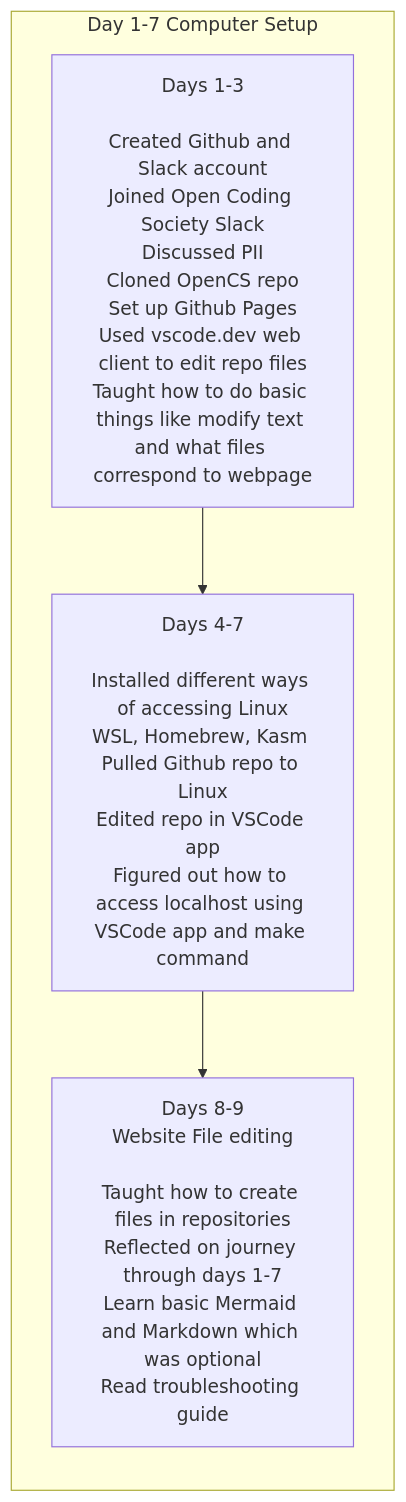
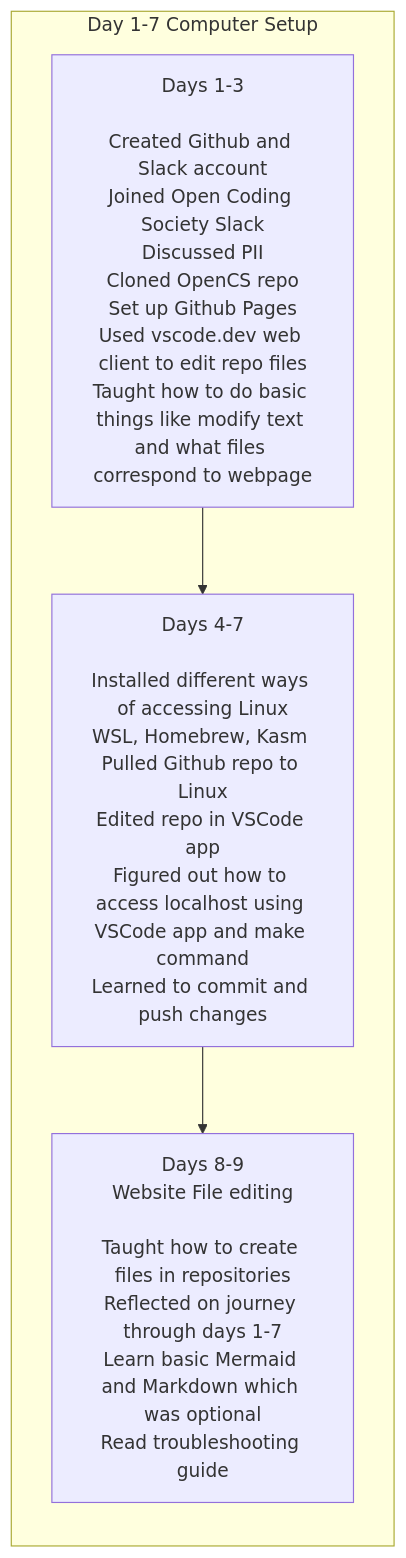
One commit to rsharma5128/student changed the second of 2 diagrams in _posts/Foundation/B-tools_and_equipment/2025-11-21-tools_quest.md. Above: the diagram before and after it, drawn with Mermaid.

Commit message:
added something to 4-7

````diff
--- a/_posts/Foundation/B-tools_and_equipment/2025-11-21-tools_quest.md
+++ b/_posts/Foundation/B-tools_and_equipment/2025-11-21-tools_quest.md
@@ -59,10 +59,10 @@
 ```mermaid
 flowchart LR
     subgraph Day_1[Day 1-7 Computer Setup]
         A[Days 1-3<br/><br/>Created Github and Slack account<br/>Joined Open Coding Society Slack<br/>Discussed PII<br/>Cloned OpenCS repo<br/>Set up Github Pages<br/>Used vscode.dev web client to edit repo files<br/>Taught how to do basic things like modify text and what files correspond to webpage]:::dayuno
-        B[Days 4-7<br/><br/>Installed different ways of accessing Linux<br/>WSL, Homebrew, Kasm <br/>Pulled Github repo to Linux<br/>Edited repo in VSCode app<br/>Figured out how to access localhost using VSCode app and make command]:::daydos
+        B[Days 4-7<br/><br/>Installed different ways of accessing Linux<br/>WSL, Homebrew, Kasm <br/>Pulled Github repo to Linux<br/>Edited repo in VSCode app<br/>Figured out how to access localhost using VSCode app and make command<br/>Learned to commit and push changes]:::daydos
         C[Days 8-9<br/>Website File editing<br/><br/>Taught how to create files in repositories<br/>Reflected on journey through days 1-7<br/>Learn basic Mermaid and Markdown which was optional<br/>Read troubleshooting guide]:::daytres
     end
 A --> B
 B --> C
 ```
````
